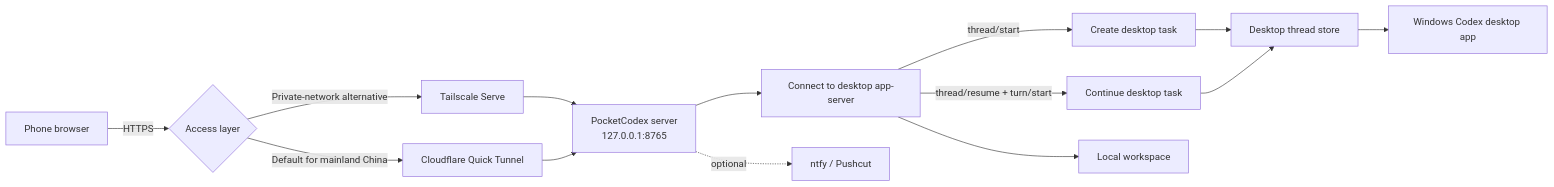
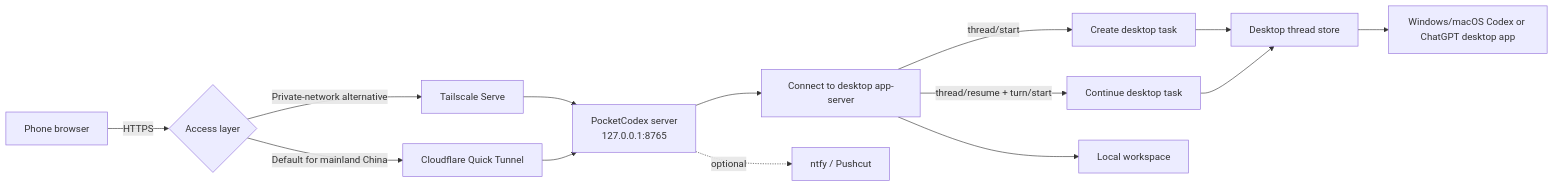
Before and after one commit to wanlixing-dream/Pocket-Codex: the diagram in README.en.md, drawn with Mermaid. The commit also changed other lines of this file and 8 other files, not shown here.

Commit message:
Add macOS PocketCodex support and docs

````diff
--- a/README.en.md
+++ b/README.en.md
@@ -34,16 +34,16 @@
 ```mermaid
 flowchart LR
     Phone[Phone browser] -->|HTTPS| Access{Access layer}
     Access -->|Default for mainland China| CF[Cloudflare Quick Tunnel]
     Access -->|Private-network alternative| TS[Tailscale Serve]
     TS --> Server[PocketCodex server<br/>127.0.0.1:8765]
     CF --> Server
     Server --> Bridge[Connect to desktop app-server]
     Bridge -->|thread/start| New[Create desktop task]
     Bridge -->|thread/resume + turn/start| Resume[Continue desktop task]
     New --> Store[Desktop thread store]
     Resume --> Store
-    Store --> Desktop[Windows Codex desktop app]
+    Store --> Desktop[Windows/macOS Codex or ChatGPT desktop app]
     Bridge --> Workspace[Local workspace]
     Server -.optional.-> Notify[ntfy / Pushcut]
 ```
````
